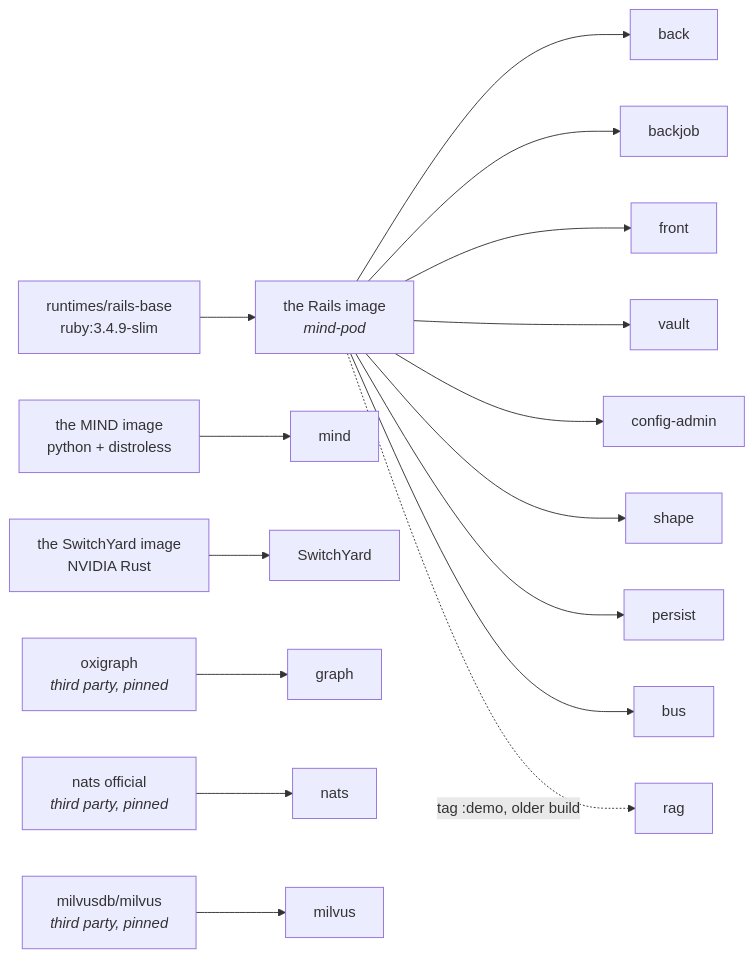
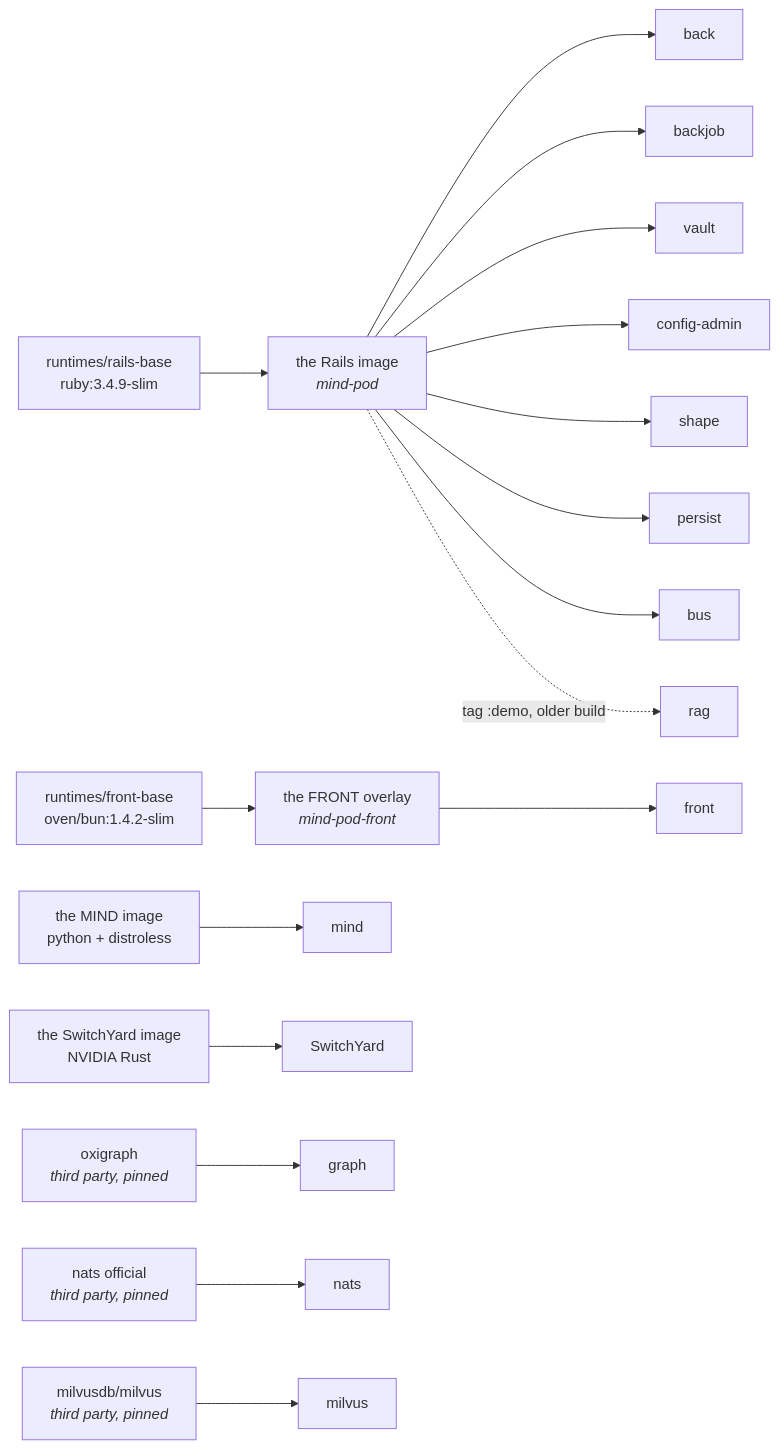
Before and after one commit to laquereric/magentic-stack: the third of 6 diagrams in docs/architecture/ContainerTopology.md, drawn with Mermaid. The commit also changed other lines of this file and 5 other files, not shown here.

````diff
--- a/docs/architecture/ContainerTopology.md
+++ b/docs/architecture/ContainerTopology.md
@@ -153,18 +154,19 @@
 ```mermaid
 graph LR
   RB["runtimes/rails-base<br/>ruby:3.4.9-slim"] --> APP["the Rails image<br/><i>mind-pod</i>"]
   APP --> R1[back]
   APP --> R2[backjob]
-  APP --> R3[front]
+  FBASE["runtimes/front-base<br/>oven/bun:1.4.2-slim"] --> MPF["the FRONT overlay<br/><i>mind-pod-front</i>"]
+  MPF --> R3[front]
   APP --> R4[vault]
   APP --> R5[config-admin]
   APP --> R6[shape]
   APP --> R8[persist]
   APP --> R9[bus]
   APP -.->|"tag :demo, older build"| R10[rag]
   PY["the MIND image<br/>python + distroless"] --> M[mind]
   RS["the SwitchYard image<br/>NVIDIA Rust"] --> S[SwitchYard]
   OX["oxigraph<br/><i>third party, pinned</i>"] --> G[graph]
   NATSIMG["nats official<br/><i>third party, pinned</i>"] --> N[nats]
   MV["milvusdb/milvus<br/><i>third party, pinned</i>"] --> MVC[milvus]
 ```
````
